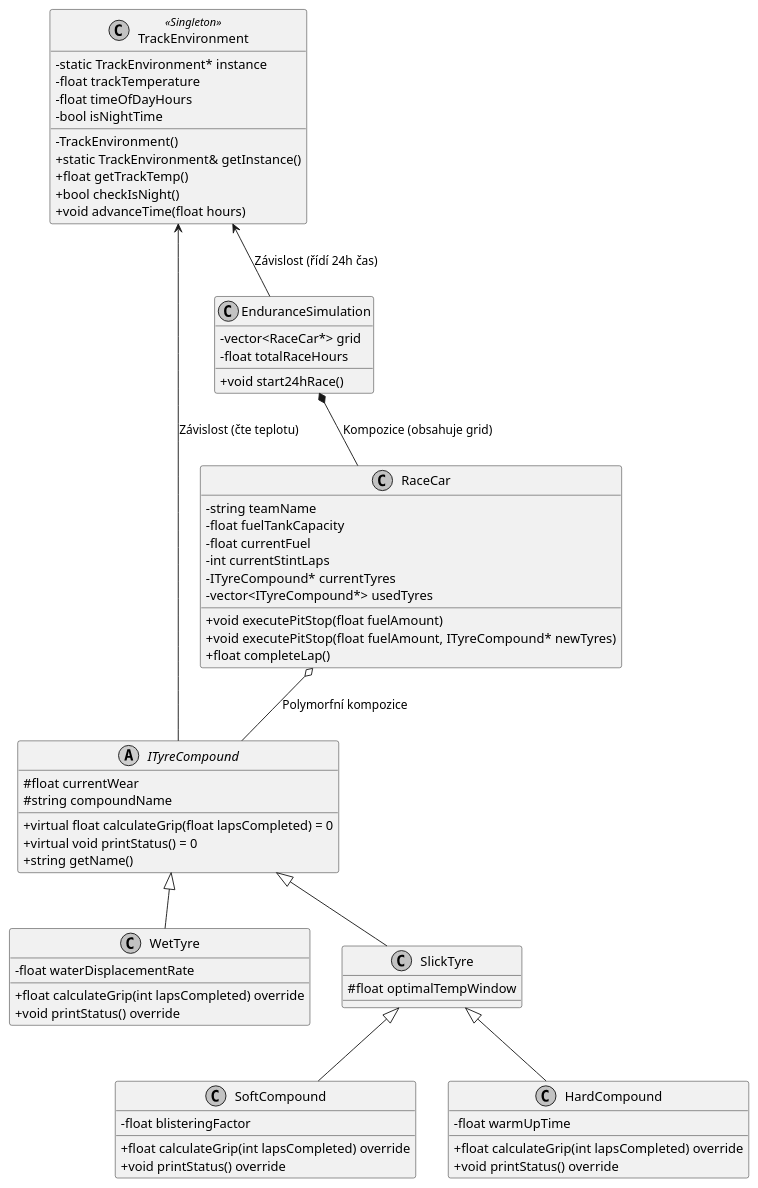
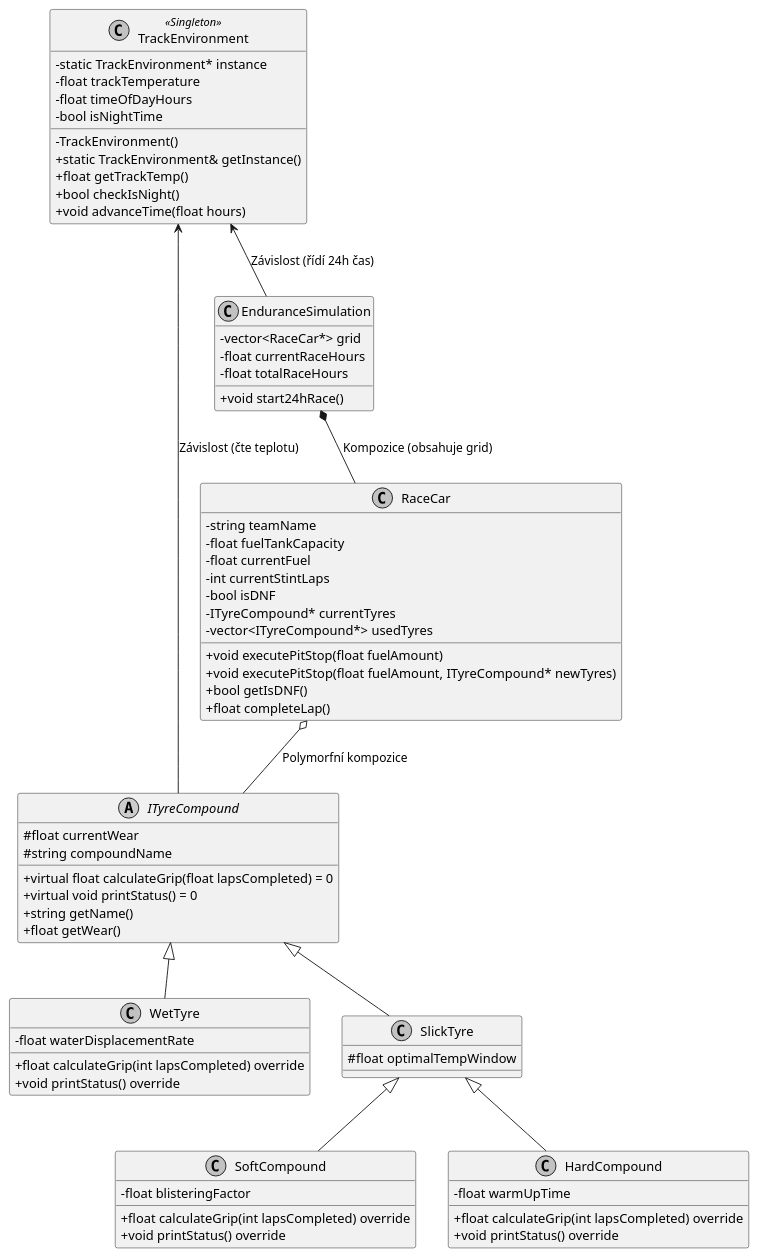
One commit to PetrikVojtech/tyreStrategySimulator changed the diagram in UML-diagram/diagram.puml. Above: the diagram before and after it, drawn with PlantUML. The commit also changed 10 other files, not shown here.

```diff
--- a/UML-diagram/diagram.puml
+++ b/UML-diagram/diagram.puml
@@ -1,74 +1,85 @@
 @startuml tyreStrategySimDiagram
 skinparam classAttributeIconSize 0
 skinparam monochrome true
 
 class TrackEnvironment <<Singleton>> {
   - static TrackEnvironment* instance
   - float trackTemperature
   - float timeOfDayHours
   - bool isNightTime
+
   - TrackEnvironment()
   + static TrackEnvironment& getInstance()
   + float getTrackTemp()
   + bool checkIsNight()
   + void advanceTime(float hours)
 }
 
 abstract class ITyreCompound {
   # float currentWear
   # string compoundName
+
   + virtual float calculateGrip(float lapsCompleted) = 0
   + virtual void printStatus() = 0
   + string getName()
+  + float getWear()
 }
 
 class WetTyre {
   - float waterDisplacementRate
+
   + float calculateGrip(int lapsCompleted) override
   + void printStatus() override
 }
 
 class SlickTyre {
   # float optimalTempWindow
 }
 
 class SoftCompound {
   - float blisteringFactor
+
   + float calculateGrip(int lapsCompleted) override
   + void printStatus() override
 }
 
 class HardCompound {
   - float warmUpTime
+
   + float calculateGrip(int lapsCompleted) override
   + void printStatus() override
 }
 
 class RaceCar {
   - string teamName
   - float fuelTankCapacity
   - float currentFuel
   - int currentStintLaps
+  - bool isDNF
   - ITyreCompound* currentTyres
   - vector<ITyreCompound*> usedTyres
+
   + void executePitStop(float fuelAmount)
   + void executePitStop(float fuelAmount, ITyreCompound* newTyres)
+  + bool getIsDNF()
   + float completeLap()
 }
 
 class EnduranceSimulation {
   - vector<RaceCar*> grid
+  - float currentRaceHours
   - float totalRaceHours
+  
   + void start24hRace()
 }
 
 ITyreCompound <|-- WetTyre
 ITyreCompound <|-- SlickTyre
 SlickTyre <|-- SoftCompound
 SlickTyre <|-- HardCompound
 
 RaceCar o-- ITyreCompound : "Polymorfní kompozice"
 EnduranceSimulation *-- RaceCar : "Kompozice (obsahuje grid)"
 TrackEnvironment <-- ITyreCompound : "Závislost (čte teplotu)"
 TrackEnvironment <-- EnduranceSimulation : "Závislost (řídí 24h čas)"
 @enduml
```
